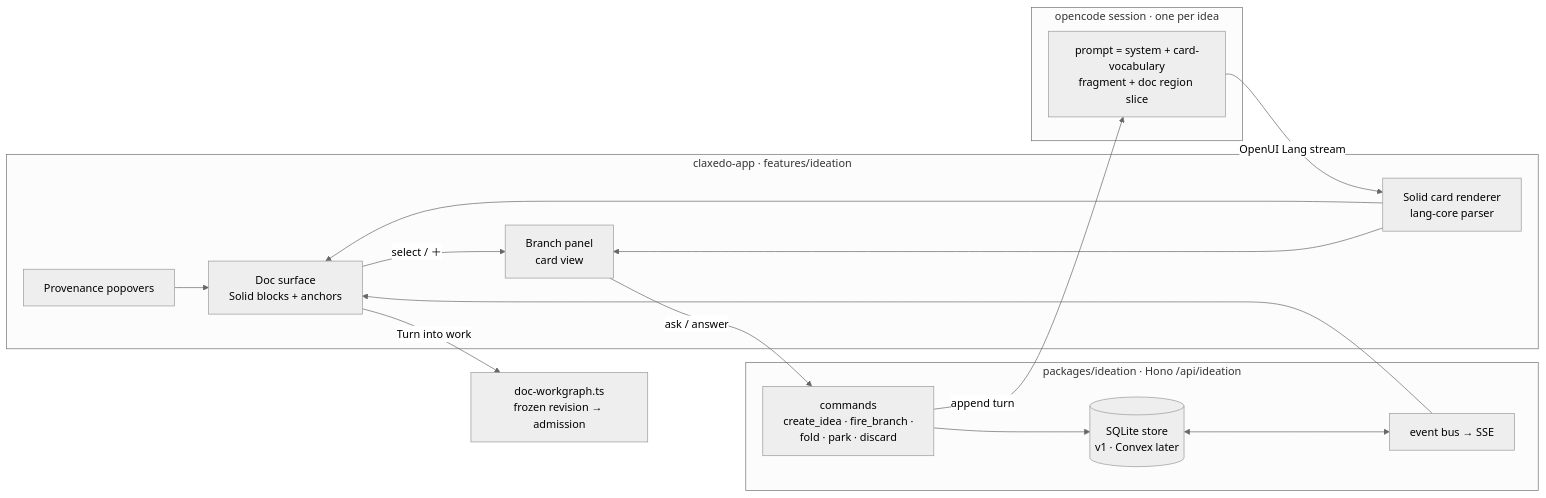
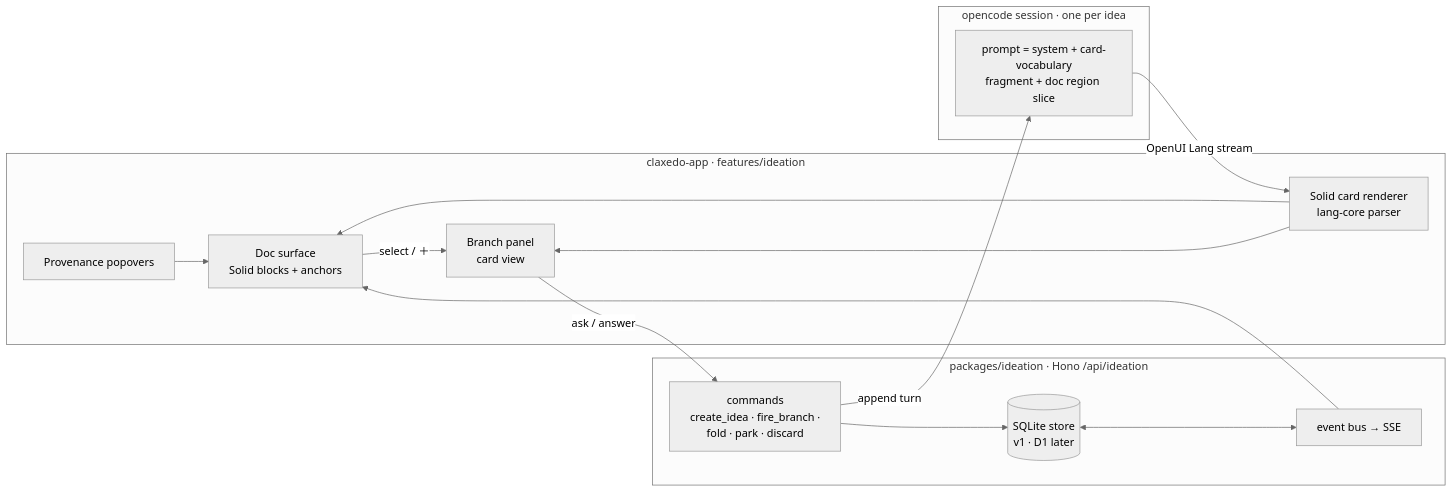
Before and after one commit to kyashrathore/Claxedo: the diagram in docs/plans/2026-08-21-001-feat-ideation-board-plan.md, drawn with Mermaid (neutral theme). The commit also changed other lines of this file and 868 other files, not shown here.

````diff
--- a/docs/plans/2026-08-21-001-feat-ideation-board-plan.md
+++ b/docs/plans/2026-08-21-001-feat-ideation-board-plan.md
@@ -62,21 +58,20 @@
 ```mermaid
 flowchart LR
   subgraph Client [claxedo-app · features/ideation]
     DOC[Doc surface\nSolid blocks + anchors] -->|select / ＋| BR[Branch panel\ncard view]
     R[Solid card renderer\nlang-core parser] --> DOC
     R --> BR
     PV[Provenance popovers] --> DOC
   end
   subgraph Server [packages/ideation · Hono /api/ideation]
-    CMD[commands\ncreate_idea · fire_branch ·\nfold · park · discard] --> STORE[(SQLite store\nv1 · Convex later)]
+    CMD[commands\ncreate_idea · fire_branch ·\nfold · park · discard] --> STORE[(SQLite store\nv1 · D1 later)]
     BUS[event bus → SSE]
   end
   subgraph Engine [opencode session · one per idea]
     P[prompt = system + card-vocabulary\nfragment + doc region slice]
   end
   BR -->|ask / answer| CMD
   CMD -->|append turn| P
   P -->|OpenUI Lang stream| R
   STORE <--> BUS --> DOC
-  DOC -->|Turn into work| WG[doc-workgraph.ts\nfrozen revision → admission]
 ```
````
